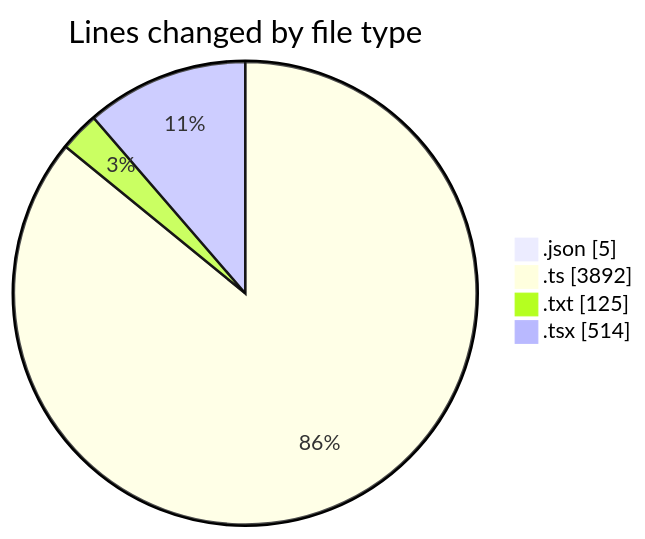
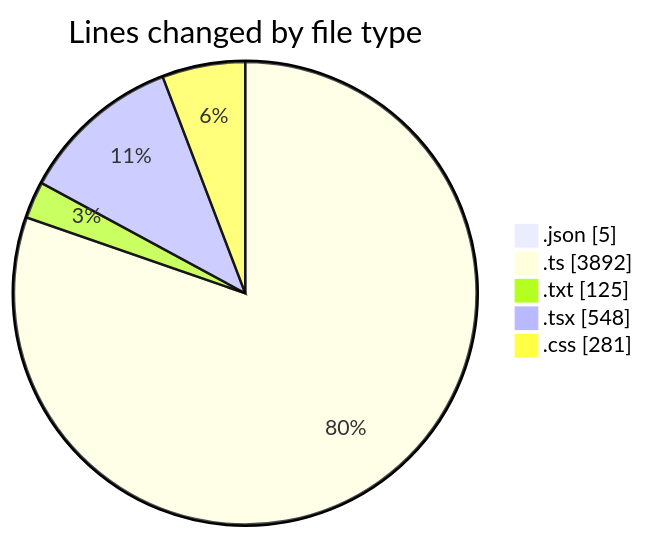
Before and after one commit to CELIANVF/code-tracking: the first of 2 diagrams in 2025-05-27/ecodeli-1/README.md, drawn with Mermaid. The commit also changed other lines of this file and 1 other file, not shown here.

````diff
--- a/2025-05-27/ecodeli-1/README.md
+++ b/2025-05-27/ecodeli-1/README.md
@@ -28,8 +29,9 @@
 ```mermaid
 pie showData
 title Lines changed by file type
 ".json" : 5
 ".ts" : 3892
 ".txt" : 125
-".tsx" : 514
+".tsx" : 548
+".css" : 281
 ```
````
